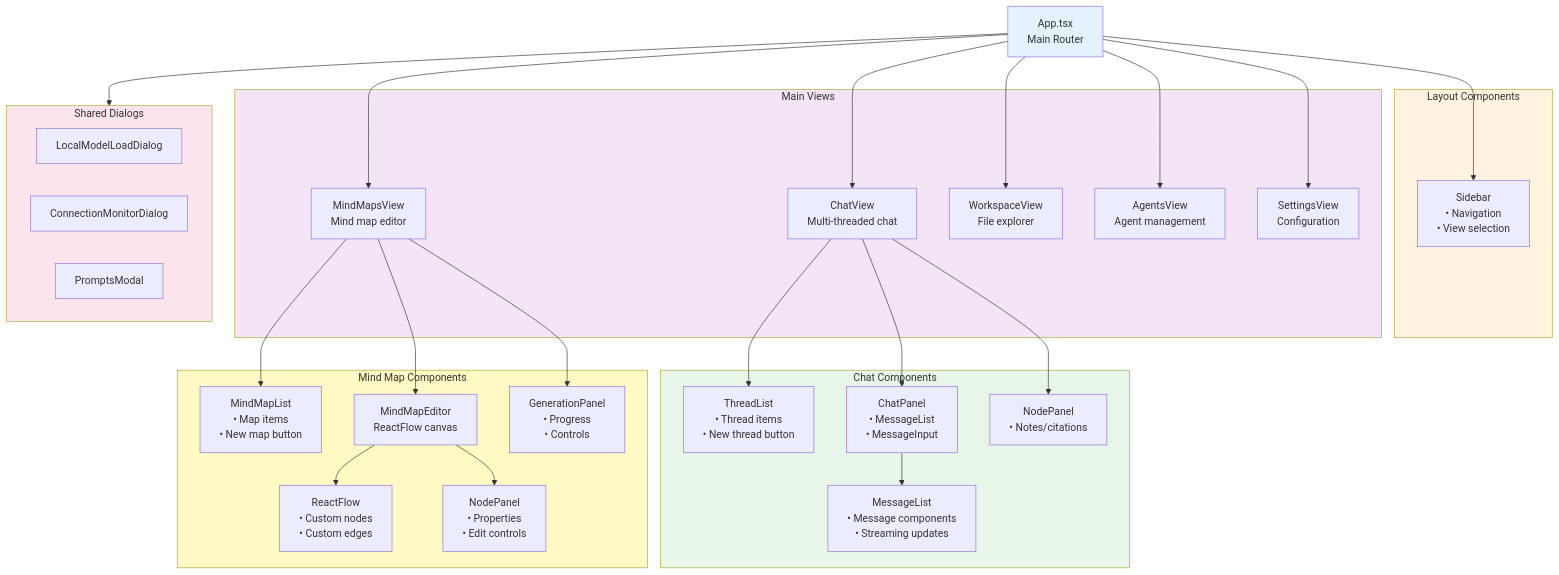
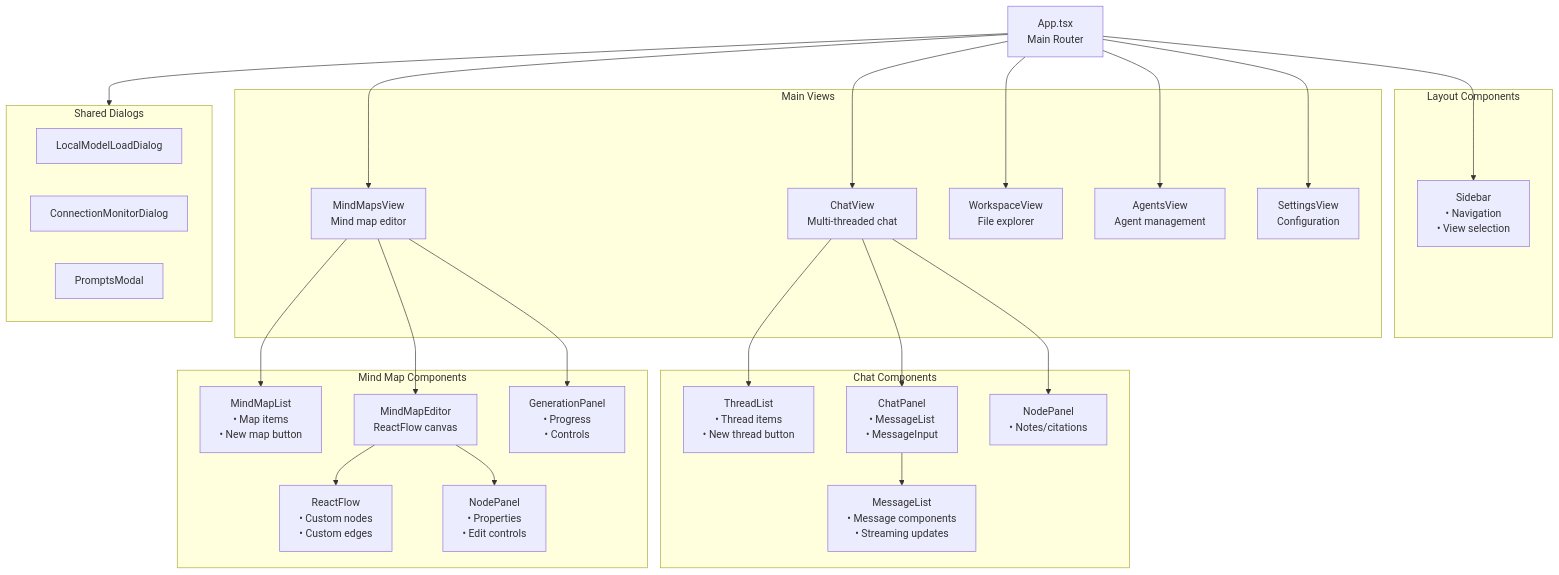
The seventh of 7 diagrams in spec/FOUNDATION.md (sengac/mindstrike), drawn with Mermaid before and after one commit. The commit also changed other lines of this file and 1 other file, not shown here.

Commit message:
fix: remove diagram colours

````diff
--- a/spec/FOUNDATION.md
+++ b/spec/FOUNDATION.md
@@ -384,64 +371,57 @@
 ```mermaid
 graph TB
     App["App.tsx<br/>Main Router"]
     
     subgraph Layout["Layout Components"]
         Sidebar["Sidebar<br/>• Navigation<br/>• View selection"]
     end
     
     subgraph Views["Main Views"]
         ChatView["ChatView<br/>Multi-threaded chat"]
         MindMapsView["MindMapsView<br/>Mind map editor"]
         WorkspaceView["WorkspaceView<br/>File explorer"]
         AgentsView["AgentsView<br/>Agent management"]
         SettingsView["SettingsView<br/>Configuration"]
     end
     
     subgraph ChatComponents["Chat Components"]
         ThreadList["ThreadList<br/>• Thread items<br/>• New thread button"]
         ChatPanel["ChatPanel<br/>• MessageList<br/>• MessageInput"]
         MessageList["MessageList<br/>• Message components<br/>• Streaming updates"]
         NodePanel["NodePanel<br/>• Notes/citations"]
     end
     
     subgraph MindMapComponents["Mind Map Components"]
         MindMapList["MindMapList<br/>• Map items<br/>• New map button"]
         MindMapEditor["MindMapEditor<br/>ReactFlow canvas"]
         ReactFlow["ReactFlow<br/>• Custom nodes<br/>• Custom edges"]
         MindMapNodePanel["NodePanel<br/>• Properties<br/>• Edit controls"]
         GenerationPanel["GenerationPanel<br/>• Progress<br/>• Controls"]
     end
     
     subgraph Dialogs["Shared Dialogs"]
         ModelDialog["LocalModelLoadDialog"]
         ConnectionDialog["ConnectionMonitorDialog"]
         PromptsModal["PromptsModal"]
     end
     
     App --> Sidebar
     App --> ChatView
     App --> MindMapsView
     App --> WorkspaceView
     App --> AgentsView
     App --> SettingsView
     
     ChatView --> ThreadList
     ChatView --> ChatPanel
     ChatView --> NodePanel
     ChatPanel --> MessageList
     
     MindMapsView --> MindMapList
     MindMapsView --> MindMapEditor
     MindMapsView --> GenerationPanel
     MindMapEditor --> ReactFlow
     MindMapEditor --> MindMapNodePanel
     
     App --> Dialogs
-    
-    style App fill:#e3f2fd
-    style Layout fill:#fff3e0
-    style Views fill:#f3e5f5
-    style ChatComponents fill:#e8f5e9
-    style MindMapComponents fill:#fff9c4
-    style Dialogs fill:#fce4ec
 ```
````
